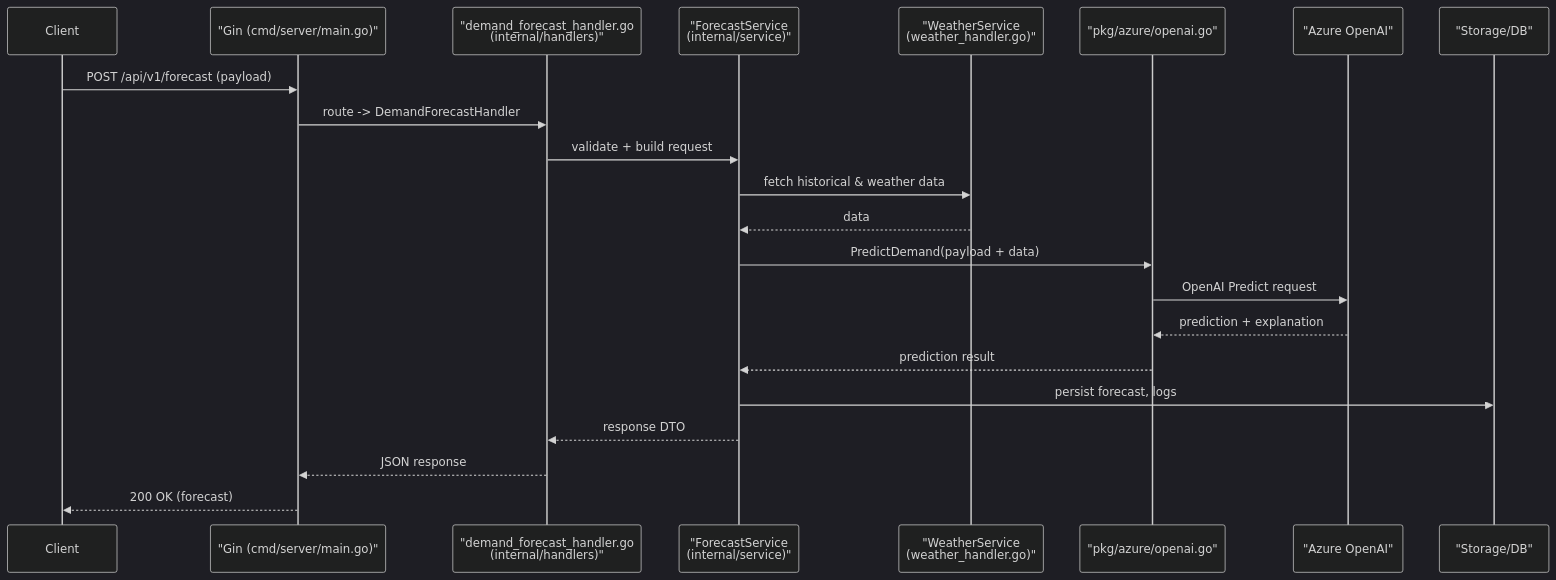
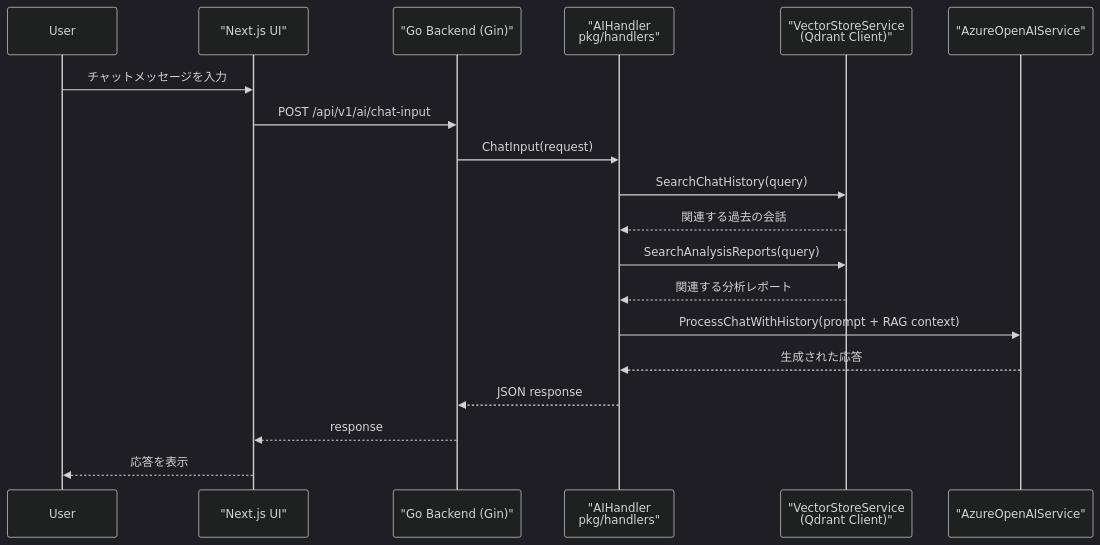
The second of 4 diagrams in UML.md (KairiGit/hunt-chat-api), drawn with Mermaid (dark theme) before and after one commit. The commit also changed other lines of this file and 1 other file, not shown here.

````diff
--- a/UML.md
+++ b/UML.md
@@ -21,26 +57,22 @@
 ```mermaid
 sequenceDiagram
-    participant Client
-  participant Gin as "Gin (cmd/server/main.go)"
-  participant Handler as "demand_forecast_handler.go<br/>(internal/handlers)"
-  participant Service as "ForecastService<br/>(internal/service)"
-  participant Weather as "WeatherService<br/>(weather_handler.go)"
-  participant AzureClient as "pkg/azure/openai.go"
-    participant Azure as "Azure OpenAI"
-    participant DB as "Storage/DB"
+    participant User
+    participant UI as "Next.js UI"
+    participant Gin as "Go Backend (Gin)"
+    participant AIHandler as "AIHandler<br/>pkg/handlers"
+    participant VectorStore as "VectorStoreService<br/>(Qdrant Client)"
+    participant Azure as "AzureOpenAIService"
 
-    Client->>Gin: POST /api/v1/forecast (payload)
-    Gin->>Handler: route -> DemandForecastHandler
-    Handler->>Service: validate + build request
-    Service->>Weather: fetch historical & weather data
-    Weather-->>Service: data
-    Service->>AzureClient: PredictDemand(payload + data)
-    AzureClient->>Azure: OpenAI Predict request
-    Azure-->>AzureClient: prediction + explanation
-    AzureClient-->>Service: prediction result
-    Service->>DB: persist forecast, logs
-    Service-->>Handler: response DTO
-    Handler-->>Gin: JSON response
-    Gin-->>Client: 200 OK (forecast)
-
+    User->>UI: チャットメッセージを入力
+    UI->>Gin: POST /api/v1/ai/chat-input
+    Gin->>AIHandler: ChatInput(request)
+    AIHandler->>VectorStore: SearchChatHistory(query)
+    VectorStore-->>AIHandler: 関連する過去の会話
+    AIHandler->>VectorStore: SearchAnalysisReports(query)
+    VectorStore-->>AIHandler: 関連する分析レポート
+    AIHandler->>Azure: ProcessChatWithHistory(prompt + RAG context)
+    Azure-->>AIHandler: 生成された応答
+    AIHandler-->>Gin: JSON response
+    Gin-->>UI: response
+    UI-->>User: 応答を表示
 ```
````
